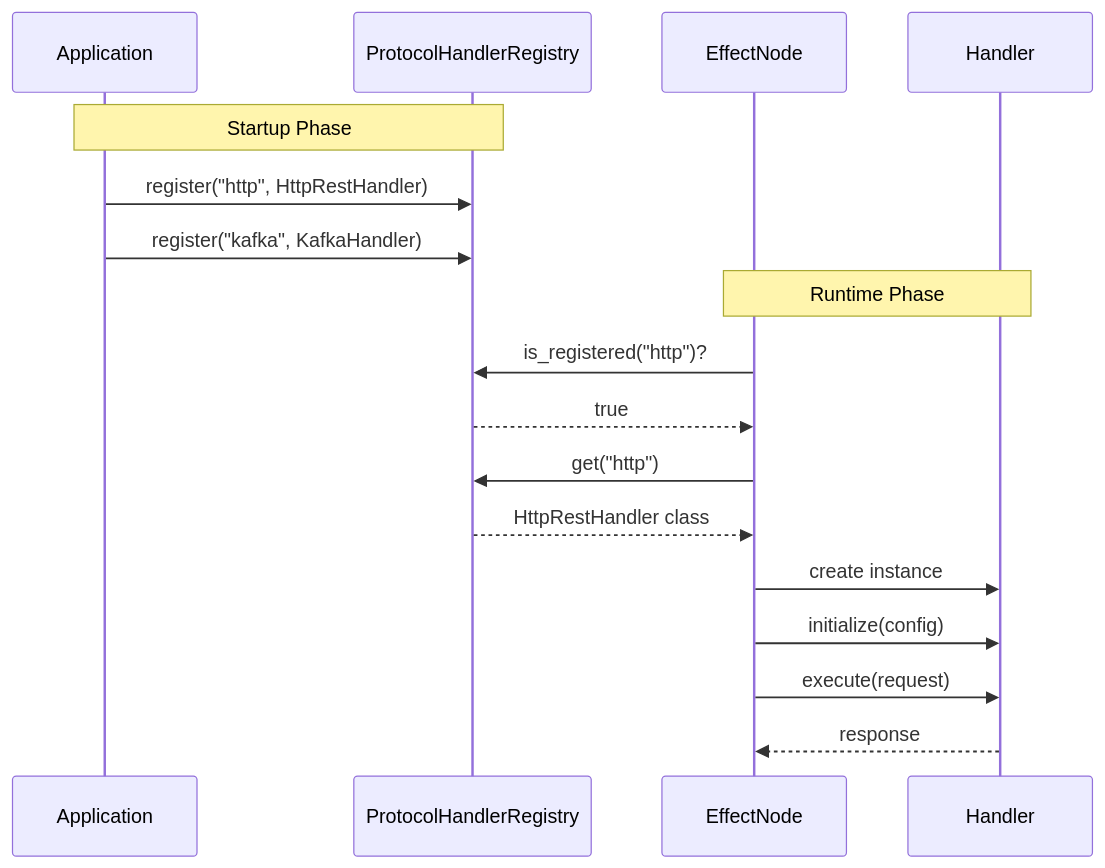
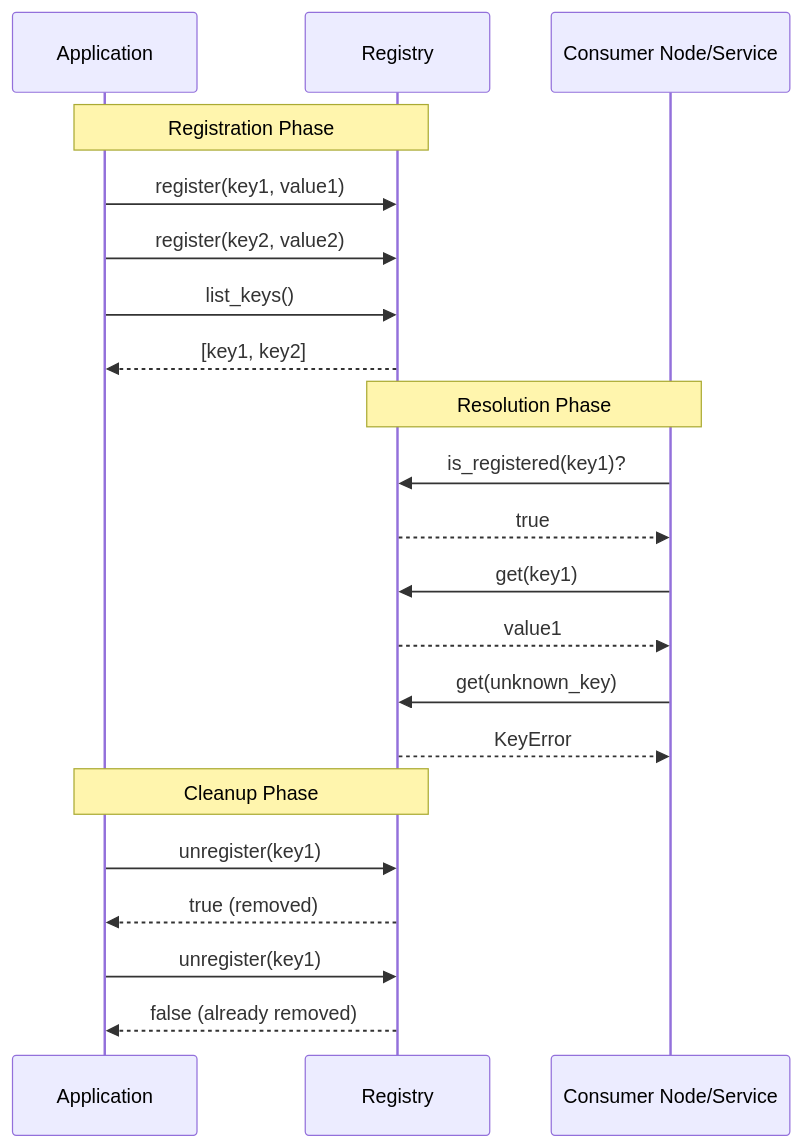
The second of 2 diagrams in docs/api-reference/REGISTRY.md (OmniNode-ai/omnibase_spi), drawn with Mermaid before and after one commit. The commit also changed other lines of this file and 14 other files, not shown here.

First line of the commit message:
feat(protocols): create generic ProtocolRegistry[K, V] to unify all registry protocols [OMN-845]

````diff
--- a/docs/api-reference/REGISTRY.md
+++ b/docs/api-reference/REGISTRY.md
@@ -84,21 +96,26 @@
 ```mermaid
 sequenceDiagram
     participant App as Application
-    participant Reg as ProtocolHandlerRegistry
-    participant Node as EffectNode
-    participant H as Handler
+    participant Reg as Registry
+    participant Consumer as Consumer Node/Service
 
-    Note over App,Reg: Startup Phase
-    App->>Reg: register("http", HttpRestHandler)
-    App->>Reg: register("kafka", KafkaHandler)
+    Note over App,Reg: Registration Phase
+    App->>Reg: register(key1, value1)
+    App->>Reg: register(key2, value2)
+    App->>Reg: list_keys()
+    Reg-->>App: [key1, key2]
 
-    Note over Node,H: Runtime Phase
-    Node->>Reg: is_registered("http")?
-    Reg-->>Node: true
-    Node->>Reg: get("http")
-    Reg-->>Node: HttpRestHandler class
-    Node->>H: create instance
-    Node->>H: initialize(config)
-    Node->>H: execute(request)
-    H-->>Node: response
+    Note over Consumer,Reg: Resolution Phase
+    Consumer->>Reg: is_registered(key1)?
+    Reg-->>Consumer: true
+    Consumer->>Reg: get(key1)
+    Reg-->>Consumer: value1
+    Consumer->>Reg: get(unknown_key)
+    Reg-->>Consumer: KeyError
+
+    Note over App,Reg: Cleanup Phase
+    App->>Reg: unregister(key1)
+    Reg-->>App: true (removed)
+    App->>Reg: unregister(key1)
+    Reg-->>App: false (already removed)
 ```
````
